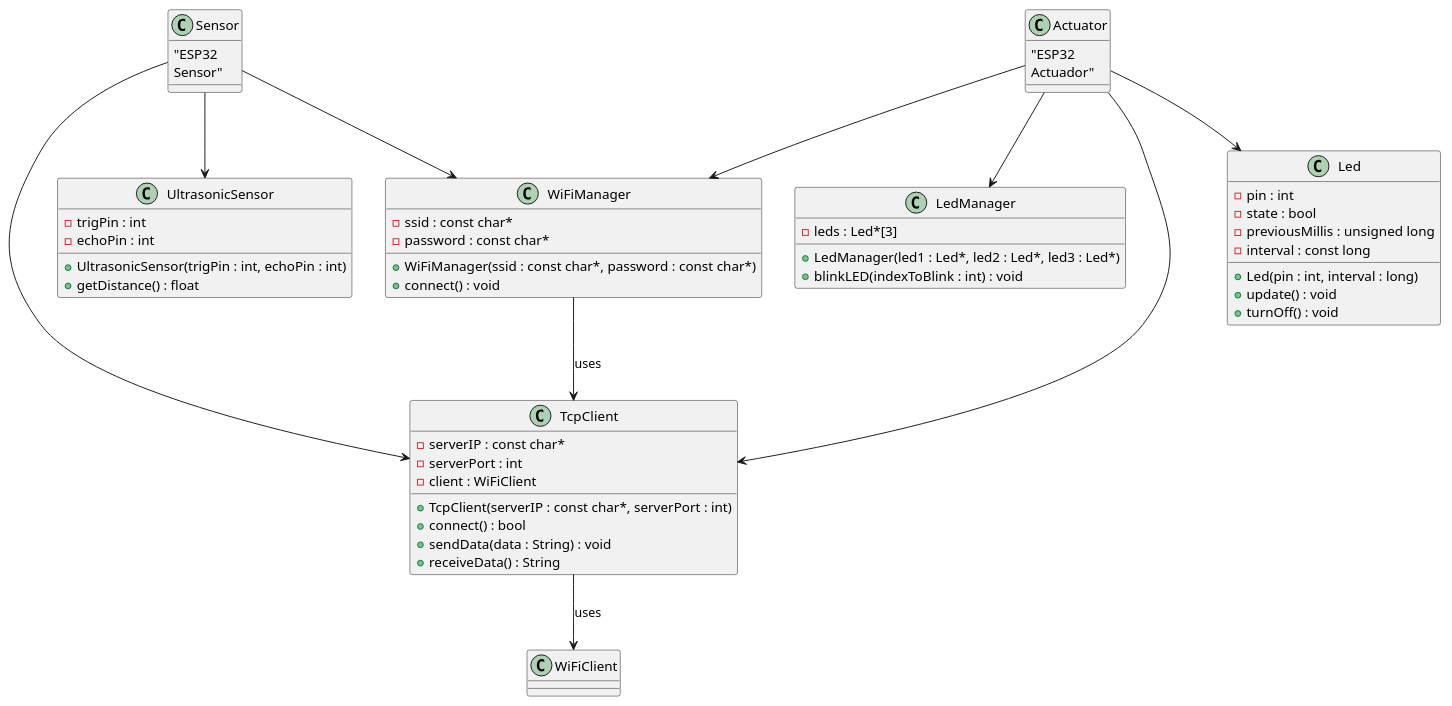
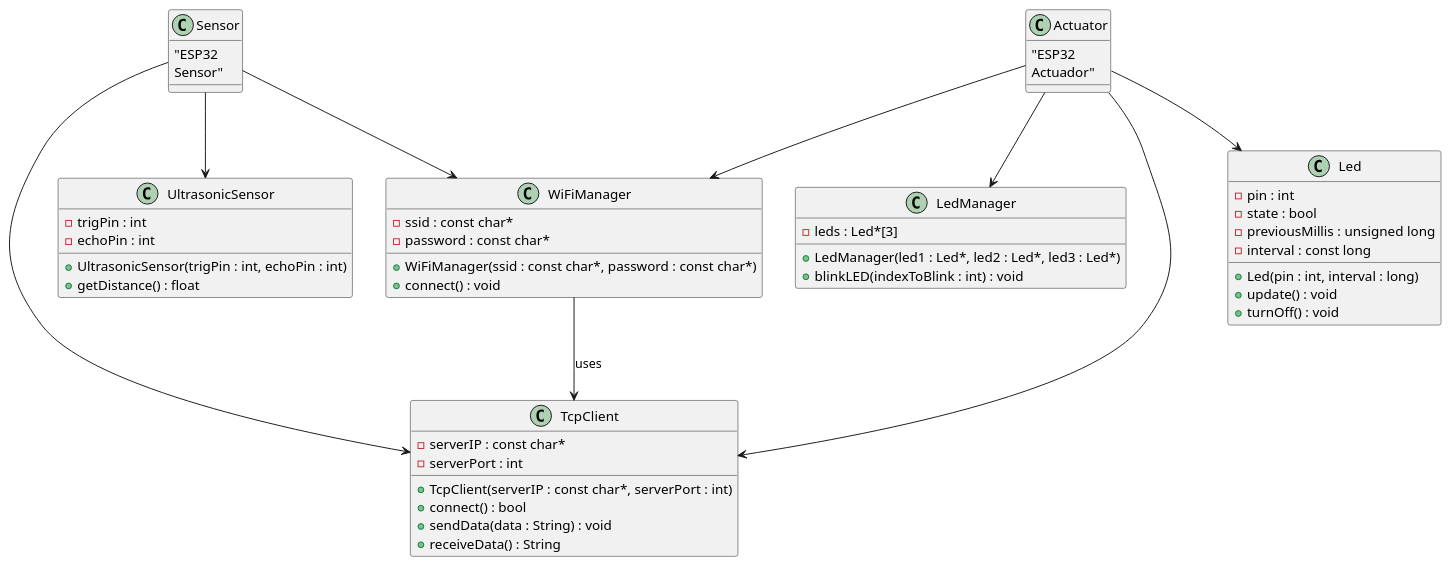
Before and after one commit to Ichurri/sensor-actuator-iot: the diagram in Diagrams/class.puml, drawn with PlantUML.

Commit message:
Change Class diagram

```diff
--- a/Diagrams/class.puml
+++ b/Diagrams/class.puml
@@ -1,58 +1,56 @@
 @startuml
 
 class WiFiManager {
   -ssid : const char*
   -password : const char*
   +WiFiManager(ssid : const char*, password : const char*)
   +connect() : void
 }
 
 class TcpClient {
   -serverIP : const char*
   -serverPort : int
-  -client : WiFiClient
   +TcpClient(serverIP : const char*, serverPort : int)
   +connect() : bool
   +sendData(data : String) : void
   +receiveData() : String
 }
 
 class UltrasonicSensor {
   -trigPin : int
   -echoPin : int
   +UltrasonicSensor(trigPin : int, echoPin : int)
   +getDistance() : float
 }
 
 class Led {
   -pin : int
   -state : bool
   -previousMillis : unsigned long
   -interval : const long
   +Led(pin : int, interval : long)
   +update() : void
   +turnOff() : void
 }
 
 class LedManager {
   -leds : Led*[3]
   +LedManager(led1 : Led*, led2 : Led*, led3 : Led*)
   +blinkLED(indexToBlink : int) : void
 }
 
 WiFiManager --> TcpClient : uses
-TcpClient --> WiFiClient : uses
 
 Sensor : "ESP32\nSensor"
 Actuator : "ESP32\nActuador"
 
 Sensor --> UltrasonicSensor
 Sensor --> WiFiManager
 Sensor --> TcpClient
 
 Actuator --> Led
 Actuator --> LedManager
 Actuator --> WiFiManager
 Actuator --> TcpClient
 
 @enduml
```
